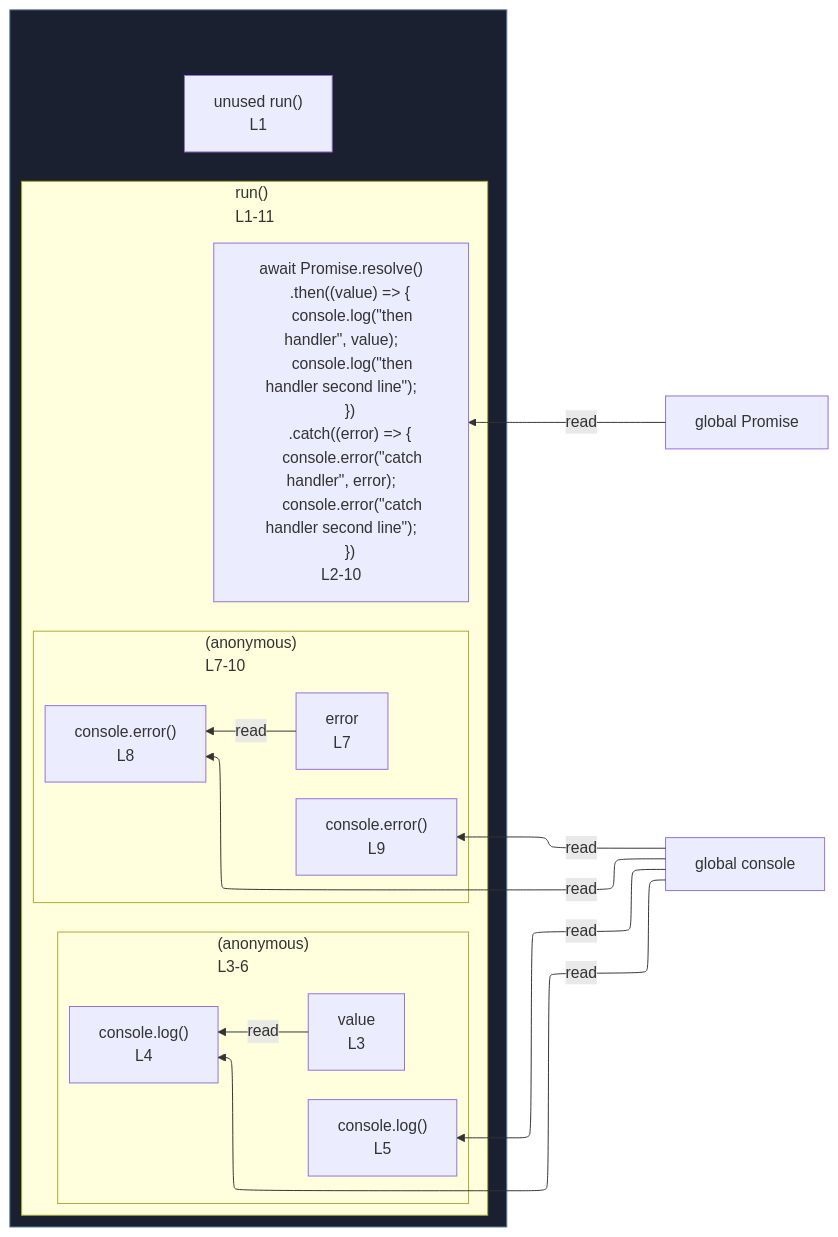
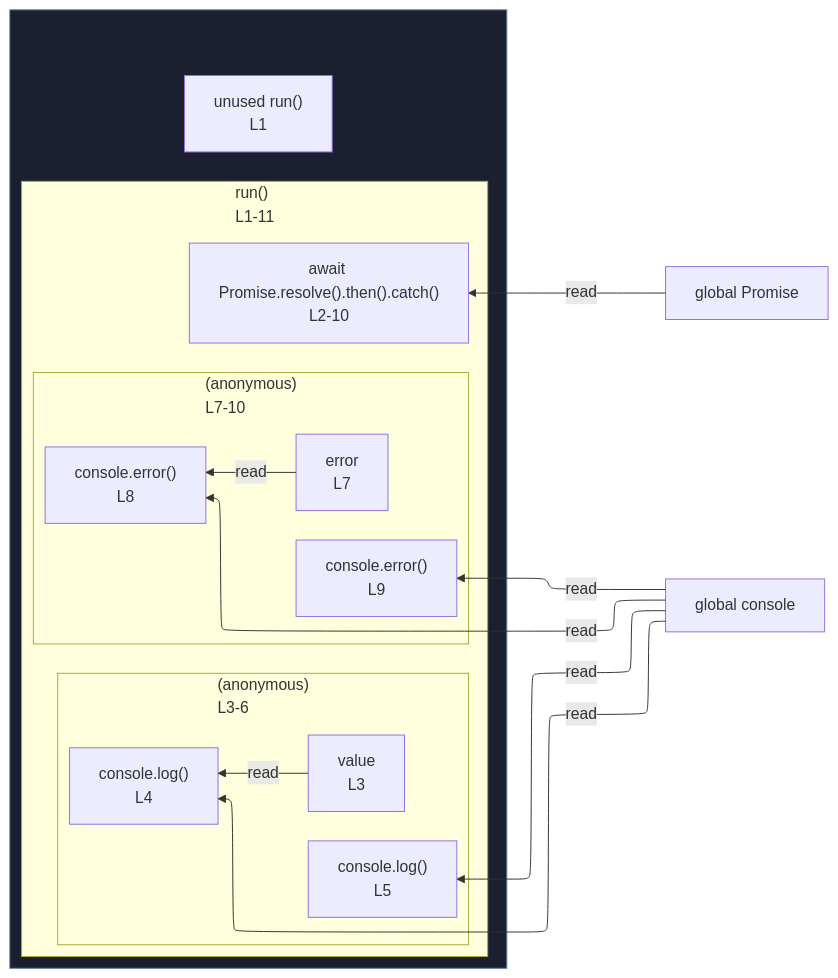
The diagram in integration/fixtures/expression-statement/awaited-then-catch/preview.md (crescware/unsnarl), drawn with Mermaid before and after one commit. The commit also changed 85 other files, not shown here.

````diff
--- a/integration/fixtures/expression-statement/awaited-then-catch/preview.md
+++ b/integration/fixtures/expression-statement/awaited-then-catch/preview.md
@@ -21,43 +21,35 @@
 ```mermaid
 %%{init: {"flowchart": {"defaultRenderer": "elk"}}}%%
 flowchart RL
   n_scope_0_Promise_53["global Promise"]
   n_scope_0_console_100["global console"]
   subgraph wrap_s_scope_1[" "]
     direction TB
     n_scope_0_run_22["unused run()<br/>L1"]
     subgraph s_scope_1["run()<br/>L1-11"]
       direction RL
-      expr_stmt_47["await Promise.resolve()
-    .then((value) =&gt; {
-      console.log(&quot;then handler&quot;, value);
-      console.log(&quot;then handler second line&quot;);
-    })
-    .catch((error) =&gt; {
-      console.error(&quot;catch handler&quot;, error);
-      console.error(&quot;catch handler second line&quot;);
-    })<br/>L2-10"]
+      expr_stmt_47["await Promise.resolve().then().catch()<br/>L2-10"]
       subgraph s_scope_2["(anonymous)<br/>L3-6"]
         direction RL
         n_scope_2_value_82["value<br/>L3"]
         expr_stmt_100["console.log()<br/>L4"]
         expr_stmt_142["console.log()<br/>L5"]
       end
       subgraph s_scope_3["(anonymous)<br/>L7-10"]
         direction RL
         n_scope_3_error_202["error<br/>L7"]
         expr_stmt_220["console.error()<br/>L8"]
         expr_stmt_265["console.error()<br/>L9"]
       end
     end
   end
   n_scope_0_Promise_53 -->|read| expr_stmt_47
   n_scope_0_console_100 -->|read| expr_stmt_100
   n_scope_2_value_82 -->|read| expr_stmt_100
   n_scope_0_console_100 -->|read| expr_stmt_142
   n_scope_0_console_100 -->|read| expr_stmt_220
   n_scope_3_error_202 -->|read| expr_stmt_220
   n_scope_0_console_100 -->|read| expr_stmt_265
   classDef fnWrap fill:#1a2030,stroke:#5a7d99;
   class wrap_s_scope_1 fnWrap;
 ```
````
